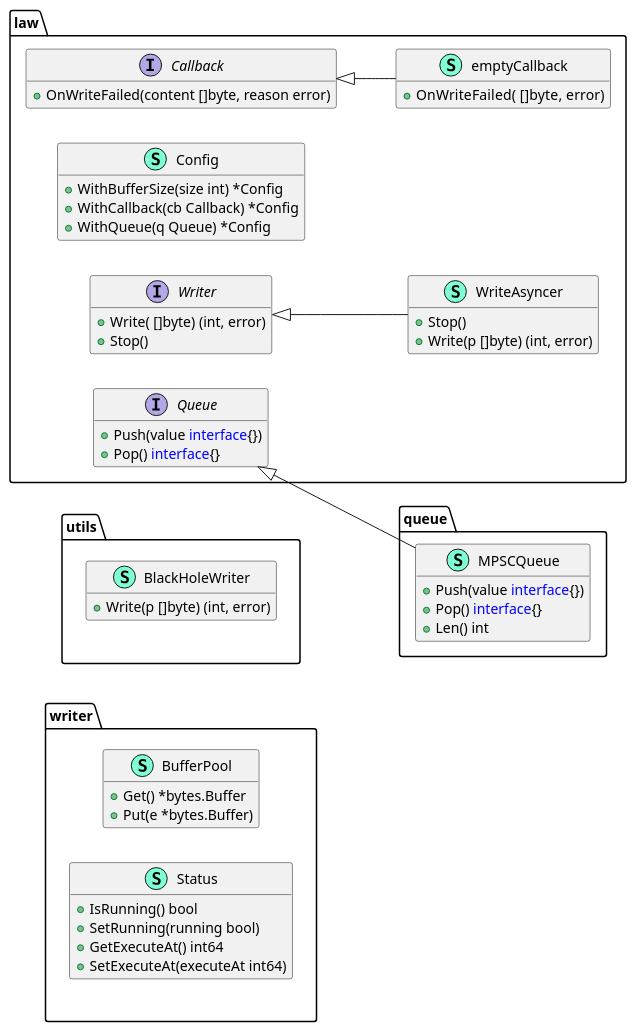
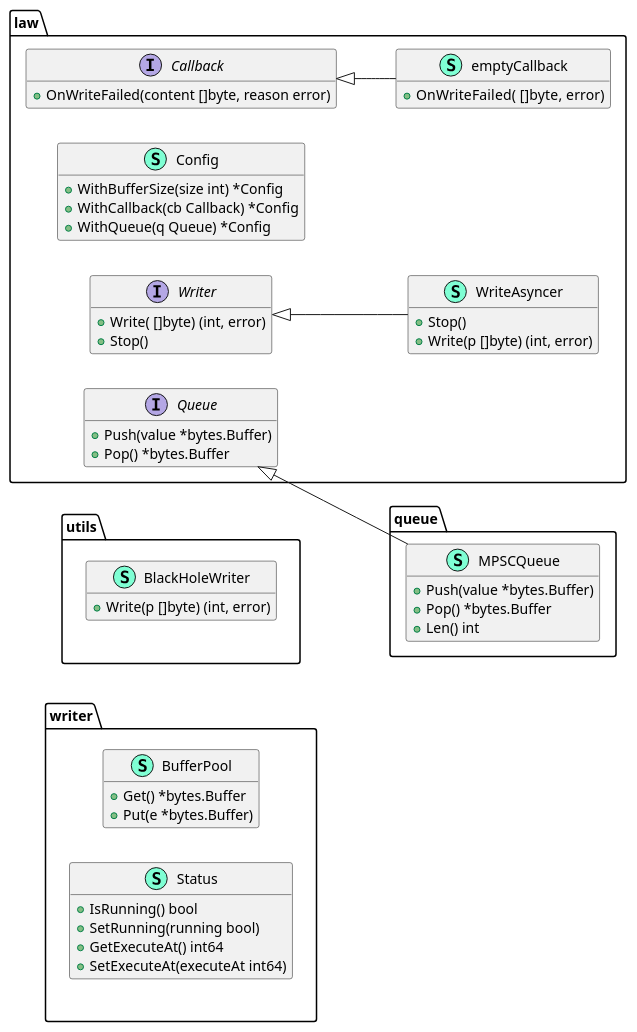
Before and after one commit to shengyanli1982/law: the diagram in architecture.puml, drawn with PlantUML. The commit also changed 7 other files, not shown here.

```diff
--- a/architecture.puml
+++ b/architecture.puml
@@ -1,77 +1,77 @@
 @startuml
 namespace law {
     interface Callback  {
         + OnWriteFailed(content []byte, reason error)
 
     }
     class Config << (S,Aquamarine) >> {
         + WithBufferSize(size int) *Config
         + WithCallback(cb Callback) *Config
         + WithQueue(q Queue) *Config
 
     }
     interface Queue  {
-        + Push(value <font color=blue>interface</font>{})
-        + Pop() <font color=blue>interface</font>{}
+        + Push(value *bytes.Buffer)
+        + Pop() *bytes.Buffer
 
     }
     class WriteAsyncer << (S,Aquamarine) >> {
         + Stop()
         + Write(p []byte) (int, error)
 
     }
     interface Writer  {
         + Write( []byte) (int, error)
         + Stop()
 
     }
     class emptyCallback << (S,Aquamarine) >> {
         + OnWriteFailed( []byte,  error)
 
     }
 }
 
 "law.Writer" <|-- "law.WriteAsyncer"
 "law.Callback" <|-- "law.emptyCallback"
 
 namespace queue {
     class MPSCQueue << (S,Aquamarine) >> {
-        + Push(value <font color=blue>interface</font>{})
-        + Pop() <font color=blue>interface</font>{}
+        + Push(value *bytes.Buffer)
+        + Pop() *bytes.Buffer
         + Len() int
 
     }
 }
 
 "law.Queue" <|-- "queue.MPSCQueue"
 
 namespace utils {
     class BlackHoleWriter << (S,Aquamarine) >> {
         + Write(p []byte) (int, error)
 
     }
 }
 
 
 namespace writer {
     class BufferPool << (S,Aquamarine) >> {
         + Get() *bytes.Buffer
         + Put(e *bytes.Buffer)
 
     }
     class Status << (S,Aquamarine) >> {
         + IsRunning() bool
         + SetRunning(running bool)
         + GetExecuteAt() int64
         + SetExecuteAt(executeAt int64)
 
     }
 }
 
 left to right direction
 
 writer-[hidden]right- utils
 
 hide fields
 
 @enduml
```
